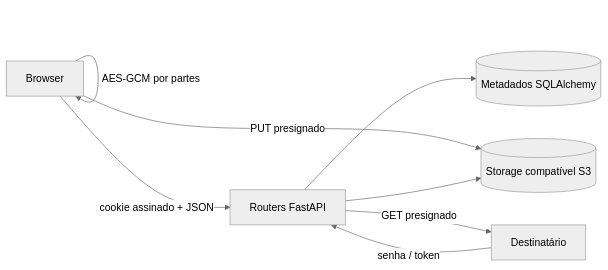
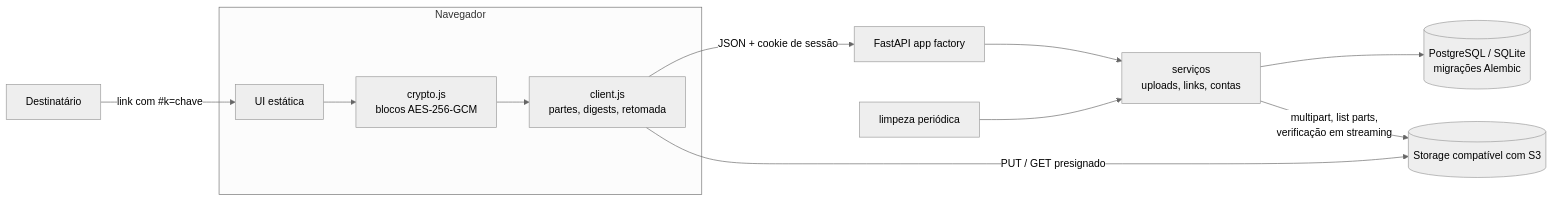
Before and after one commit to FrancisWorld/vaultdrop: the diagram in README.pt-BR.md, drawn with Mermaid (neutral theme). The commit also changed other lines of this file and 1 other file, not shown here.

````diff
--- a/README.pt-BR.md
+++ b/README.pt-BR.md
@@ -13,10 +19,14 @@
 ```mermaid
 flowchart LR
-  Browser -->|AES-GCM por partes| Browser
-  Browser -->|cookie assinado + JSON| API[Routers FastAPI]
-  Browser -->|PUT presignado| S3[(Storage compatível S3)]
-  API --> DB[(Metadados SQLAlchemy)]
-  API --> S3
-  Recipient[Destinatário] -->|senha / token| API
-  API -->|GET presignado| Recipient
+  subgraph Navegador
+    UI[UI estática] --> C[crypto.js<br/>blocos AES-256-GCM]
+    C --> CL[client.js<br/>partes, digests, retomada]
+  end
+  CL -->|JSON + cookie de sessão| API[FastAPI app factory]
+  CL -->|PUT / GET presignado| S3[(Storage compatível com S3)]
+  API --> SVC[serviços<br/>uploads, links, contas]
+  SVC --> DB[(PostgreSQL / SQLite<br/>migrações Alembic)]
+  SVC -->|multipart, list parts,<br/>verificação em streaming| S3
+  MAINT[limpeza periódica] --> SVC
+  Destinatario[Destinatário] -->|link com #k=chave| UI
 ```
````
